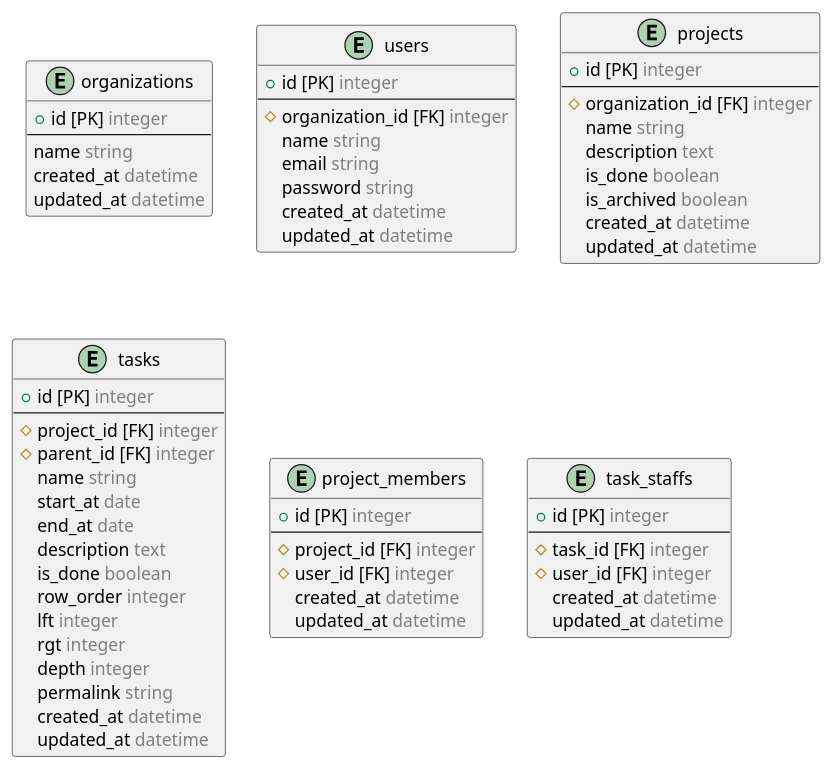
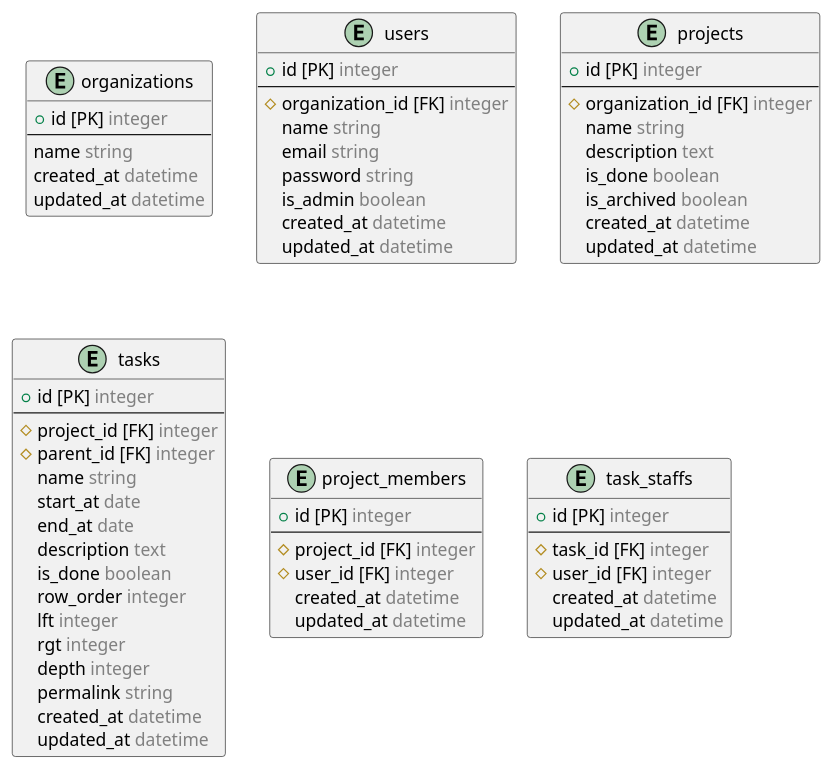
The diagram in docs/erd/src/entity.pu (musashi-634/taskwith), drawn with PlantUML before and after one commit. The commit also changed 4 other files, not shown here.

```diff
--- a/docs/erd/src/entity.pu
+++ b/docs/erd/src/entity.pu
@@ -1,71 +1,72 @@
 @startuml erd
 
   entity "organizations" {
     + id [PK] <color:gray>integer</color>
     --
     name <color:gray>string</color>
     created_at <color:gray>datetime</color>
     updated_at <color:gray>datetime</color>
   }
 
   entity "users" {
     + id [PK] <color:gray>integer</color>
     --
     # organization_id [FK] <color:gray>integer</color>
     name <color:gray>string</color>
     email <color:gray>string</color>
     password <color:gray>string</color>
+    is_admin <color:gray>boolean</color>
     created_at <color:gray>datetime</color>
     updated_at <color:gray>datetime</color>
   }
 
   entity "projects" {
     + id [PK] <color:gray>integer</color>
     --
     # organization_id [FK] <color:gray>integer</color>
     name <color:gray>string</color>
     description <color:gray>text</color>
     is_done <color:gray>boolean</color>
     is_archived <color:gray>boolean</color>
     created_at <color:gray>datetime</color>
     updated_at <color:gray>datetime</color>
   }
 
   entity "tasks" {
     + id [PK] <color:gray>integer</color>
     --
     # project_id [FK] <color:gray>integer</color>
     # parent_id [FK] <color:gray>integer</color>
     name <color:gray>string</color>
     start_at <color:gray>date</color>
     end_at <color:gray>date</color>
     description <color:gray>text</color>
     is_done <color:gray>boolean</color>
     row_order <color:gray>integer</color>
     lft <color:gray>integer</color>
     rgt <color:gray>integer</color>
     depth <color:gray>integer</color>
     permalink <color:gray>string</color>
     created_at <color:gray>datetime</color>
     updated_at <color:gray>datetime</color>
   }
 
   entity "project_members" {
     + id [PK] <color:gray>integer</color>
     --
     # project_id [FK] <color:gray>integer</color>
     # user_id [FK] <color:gray>integer</color>
     created_at <color:gray>datetime</color>
     updated_at <color:gray>datetime</color>
   }
 
   entity "task_staffs" {
     + id [PK] <color:gray>integer</color>
     --
     # task_id [FK] <color:gray>integer</color>
     # user_id [FK] <color:gray>integer</color>
     created_at <color:gray>datetime</color>
     updated_at <color:gray>datetime</color>
   }
 
 @enduml
```
